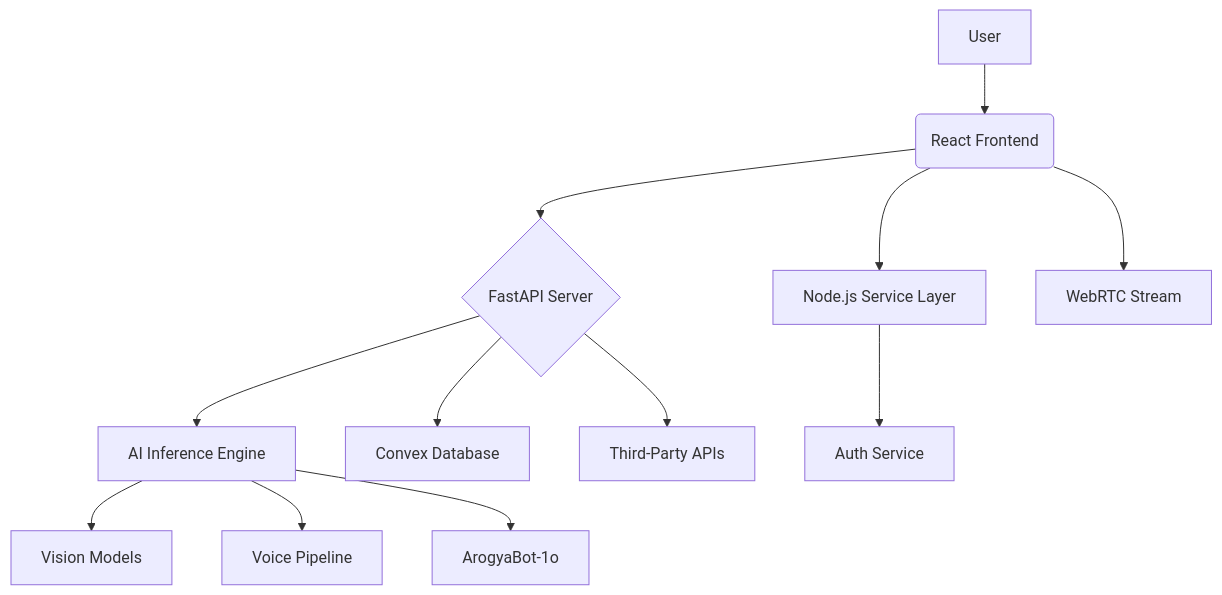
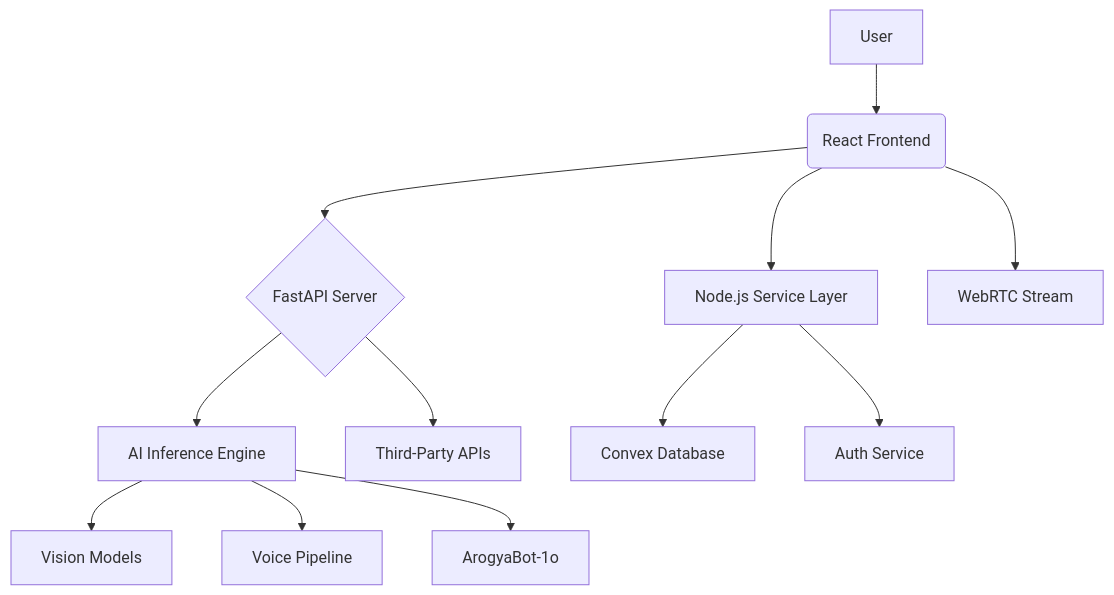
The diagram in README.md (DevankU/ArogyaMitraa), drawn with Mermaid before and after one commit.

````diff
--- a/README.md
+++ b/README.md
@@ -60,14 +60,14 @@
 ```mermaid
 graph TD
     A[User] --> B(React Frontend)
     B --> C{FastAPI Server}
     C --> E[AI Inference Engine]
     E --> F[Vision Models]
     E --> G[Voice Pipeline]
-    C --> H[Convex Database]
     C --> I[Third-Party APIs]
     B --> J[Node.js Service Layer]
+    J --> H[Convex Database]
     J --> D[Auth Service]
     E --> K[ArogyaBot-1o]
     B --> L[WebRTC Stream]
 ```
````
